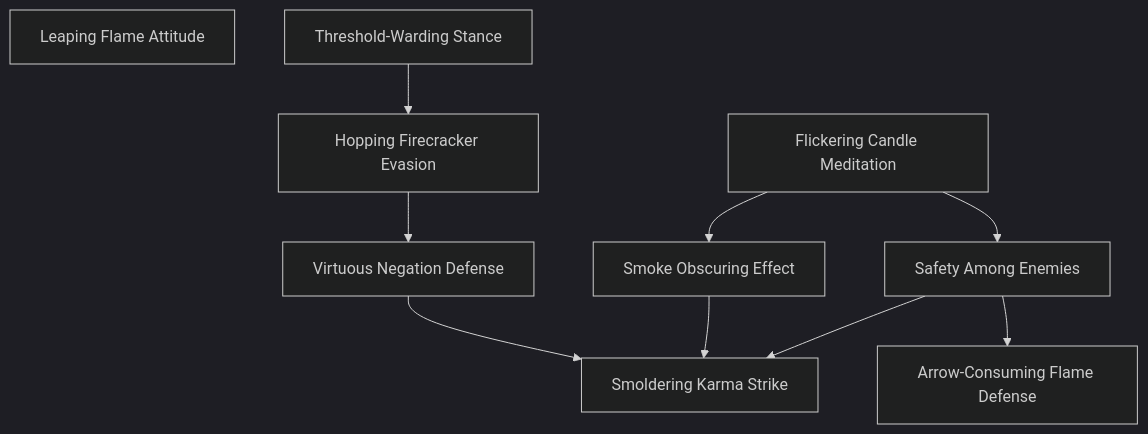
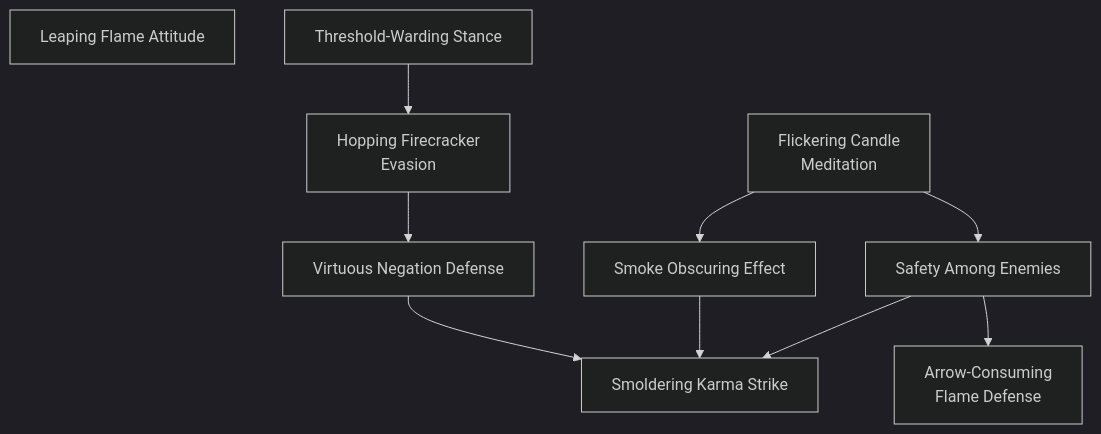
One commit to jrobichaud/exalted-charms-1e changed the diagram in docs/mermaid/dragon_blooded/fire_dodge_2.mmd. Above: the diagram before and after it, drawn with Mermaid. The commit also changed 1 other file, not shown here.

```diff
--- a/docs/mermaid/dragon_blooded/fire_dodge_2.mmd
+++ b/docs/mermaid/dragon_blooded/fire_dodge_2.mmd
@@ -63,7 +63,7 @@
         quicksand or is dangling by his arms from a great height.
         "
 
-    hopping_firecracker_evasion[Hopping Firecracker Evasion]
+    hopping_firecracker_evasion[Hopping Firecracker<br>Evasion]
     threshold_warding_stance --> hopping_firecracker_evasion
     click hopping_firecracker_evasion callback "
         Hopping Firecracker Evasion<br>
@@ -116,7 +116,7 @@
         on his dodge, the attack strikes its original target.
         "
 
-    flickering_candle_meditation[Flickering Candle Meditation]
+    flickering_candle_meditation[Flickering Candle<br>Meditation]
     click flickering_candle_meditation callback "
         Flickering Candle Meditation<br>
         <br>
@@ -199,7 +199,7 @@
         cannot force an enemy to attack himself.
         "
 
-    arrow_consuming_flame_defense[Arrow-Consuming Flame Defense]
+    arrow_consuming_flame_defense[Arrow-Consuming<br>Flame Defense]
     safety_among_enemies --> arrow_consuming_flame_defense
     click arrow_consuming_flame_defense callback "
         Arrow-Consuming Flame Defense<br>
```
